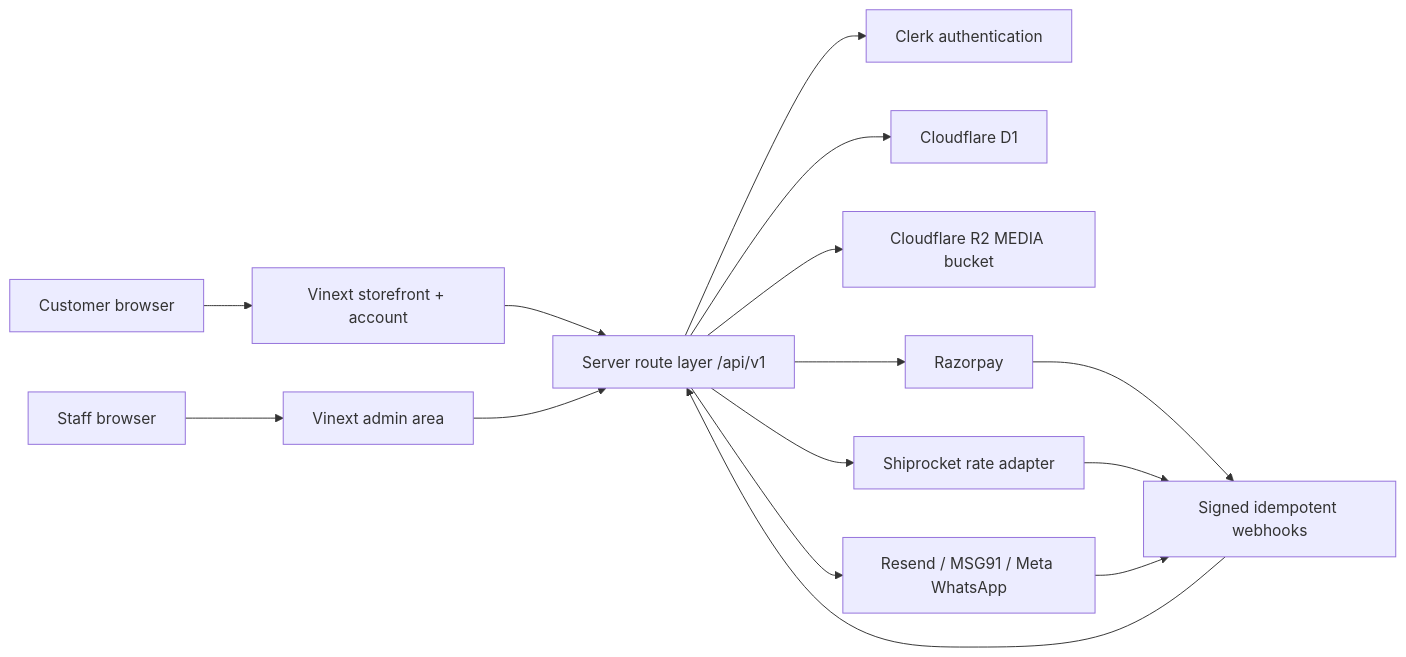
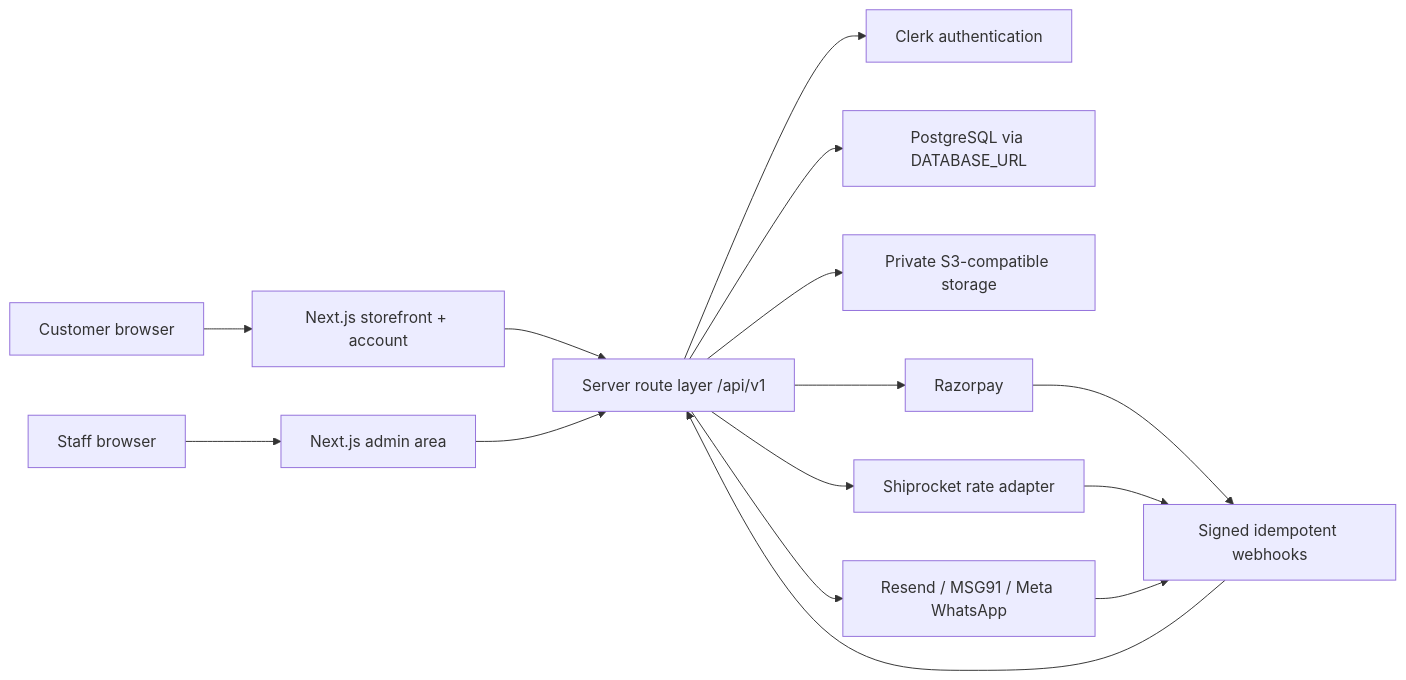
One commit to divinestonegallery/Divinestonegallery changed the first of 2 diagrams in docs/architecture.md. Above: the diagram before and after it, drawn with Mermaid. The commit also changed other lines of this file and 84 other files, not shown here.

Commit message:
Migrate deployment stack to Vercel and PostgreSQL

````diff
--- a/docs/architecture.md
+++ b/docs/architecture.md
@@ -28,17 +28,17 @@
 ```mermaid
 flowchart LR
-  Customer["Customer browser"] --> App["Vinext storefront + account"]
-  Staff["Staff browser"] --> Admin["Vinext admin area"]
+  Customer["Customer browser"] --> App["Next.js storefront + account"]
+  Staff["Staff browser"] --> Admin["Next.js admin area"]
   App --> API["Server route layer /api/v1"]
   Admin --> API
   API --> Auth["Clerk authentication"]
-  API --> DB["Cloudflare D1"]
-  API --> Media["Cloudflare R2 MEDIA bucket"]
+  API --> DB["PostgreSQL via DATABASE_URL"]
+  API --> Media["Private S3-compatible storage"]
   API --> Payments["Razorpay"]
   API --> Shipping["Shiprocket rate adapter"]
   API --> Messages["Resend / MSG91 / Meta WhatsApp"]
   Payments --> Webhooks["Signed idempotent webhooks"]
   Shipping --> Webhooks
   Messages --> Webhooks
   Webhooks --> API
 ```
````
